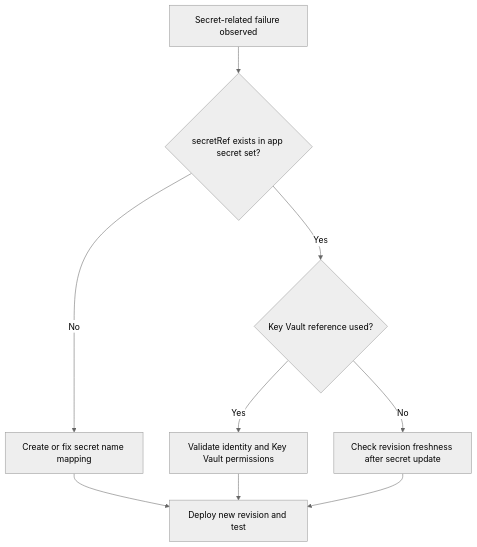
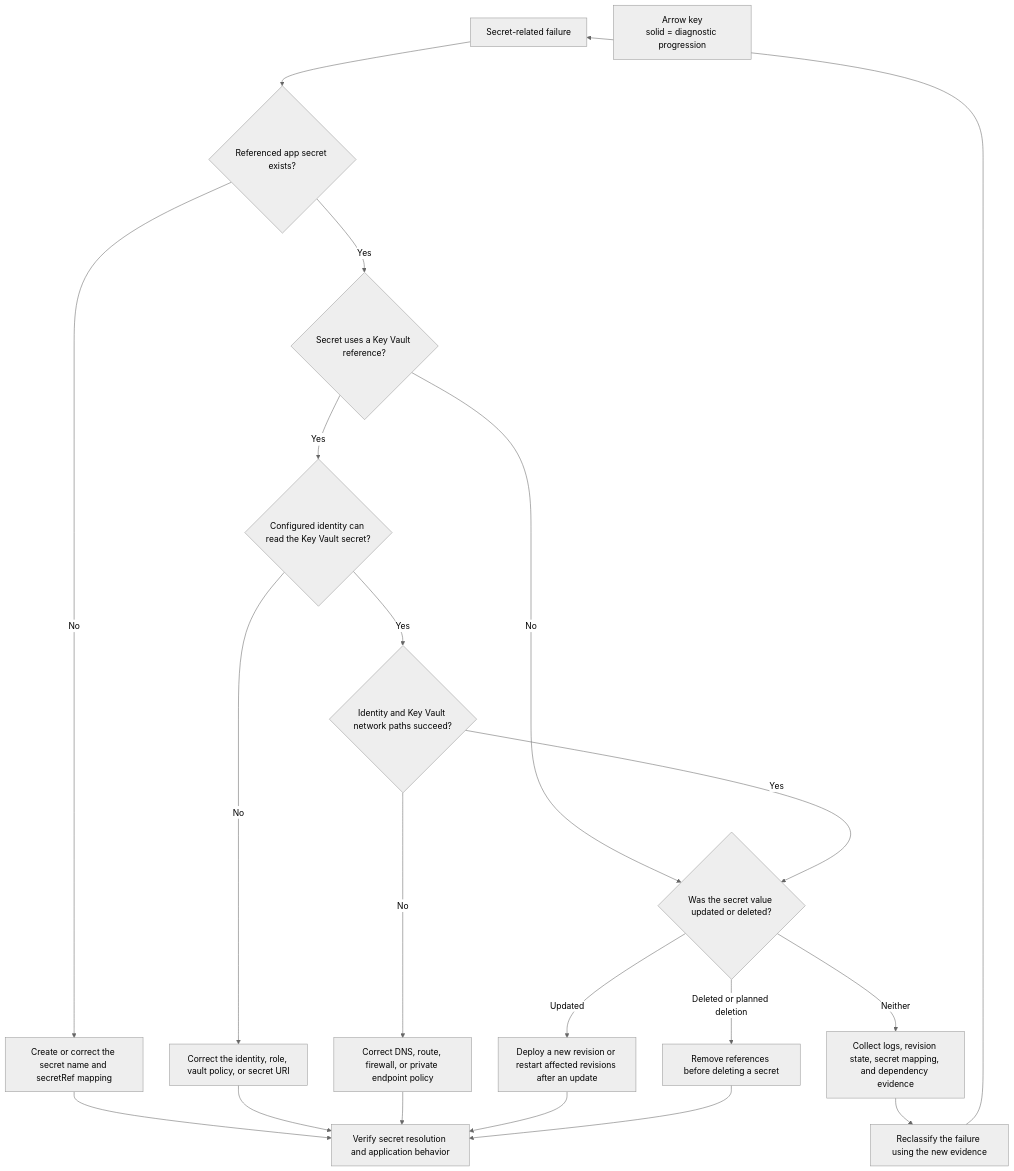
One commit to yeongseon/azure-container-apps-practical-guide changed the diagram in docs/troubleshooting/playbooks/identity-and-configuration/secret-and-key-vault-reference-failure.md. Above: the diagram before and after it, drawn with Mermaid (neutral theme). The commit also changed other lines of this file and 23 other files, not shown here.

First line of the commit message:
docs(diagrams): migrate troubleshooting playbook diagrams (#626)

````diff
--- a/docs/troubleshooting/playbooks/identity-and-configuration/secret-and-key-vault-reference-failure.md
+++ b/docs/troubleshooting/playbooks/identity-and-configuration/secret-and-key-vault-reference-failure.md
@@ -41,11 +42,42 @@
 ```mermaid
 flowchart TD
-    A[Secret-related failure observed] --> B{secretRef exists in app secret set?}
-    B -->|No| C[Create or fix secret name mapping]
-    B -->|Yes| D{Key Vault reference used?}
-    D -->|Yes| E[Validate identity and Key Vault permissions]
-    D -->|No| F[Check revision freshness after secret update]
-    C --> G[Deploy new revision and test]
-    E --> G
-    F --> G
+    accTitle: Diagnose Container Apps secret resolution
+    accDescr: Check the application secret name, optional Key Vault reference identity and access, then apply the documented refresh behavior for updated secrets.
+
+    FAILURE[Secret-related failure]
+    DEFINED{Referenced app secret exists?}
+    KEYVAULT{Secret uses a Key Vault reference?}
+    IDENTITY{Configured identity can read the Key Vault secret?}
+    NETWORK{Identity and Key Vault network paths succeed?}
+    CHANGE{Was the secret value updated or deleted?}
+    MAP[Create or correct the secret name and secretRef mapping]
+    ACCESS[Correct the identity, role, vault policy, or secret URI]
+    PATH[Correct DNS, route, firewall, or private endpoint policy]
+    REFRESH[Deploy a new revision or restart affected revisions after an update]
+    DELETE[Remove references before deleting a secret]
+    COLLECT[Collect logs, revision state, secret mapping, and dependency evidence]
+    RECLASSIFY[Reclassify the failure using the new evidence]
+    VERIFY[Verify secret resolution and application behavior]
+
+    FAILURE --> DEFINED
+    DEFINED -->|No| MAP
+    DEFINED -->|Yes| KEYVAULT
+    KEYVAULT -->|No| CHANGE
+    KEYVAULT -->|Yes| IDENTITY
+    IDENTITY -->|No| ACCESS
+    IDENTITY -->|Yes| NETWORK
+    NETWORK -->|No| PATH
+    NETWORK -->|Yes| CHANGE
+    CHANGE -->|Updated| REFRESH
+    CHANGE -->|Deleted or planned deletion| DELETE
+    CHANGE -->|Neither| COLLECT
+    COLLECT --> RECLASSIFY
+    RECLASSIFY --> FAILURE
+    MAP --> VERIFY
+    ACCESS --> VERIFY
+    PATH --> VERIFY
+    REFRESH --> VERIFY
+    DELETE --> VERIFY
+
+    LEGEND["Arrow key<br/>solid = diagnostic progression"]
 ```
````
